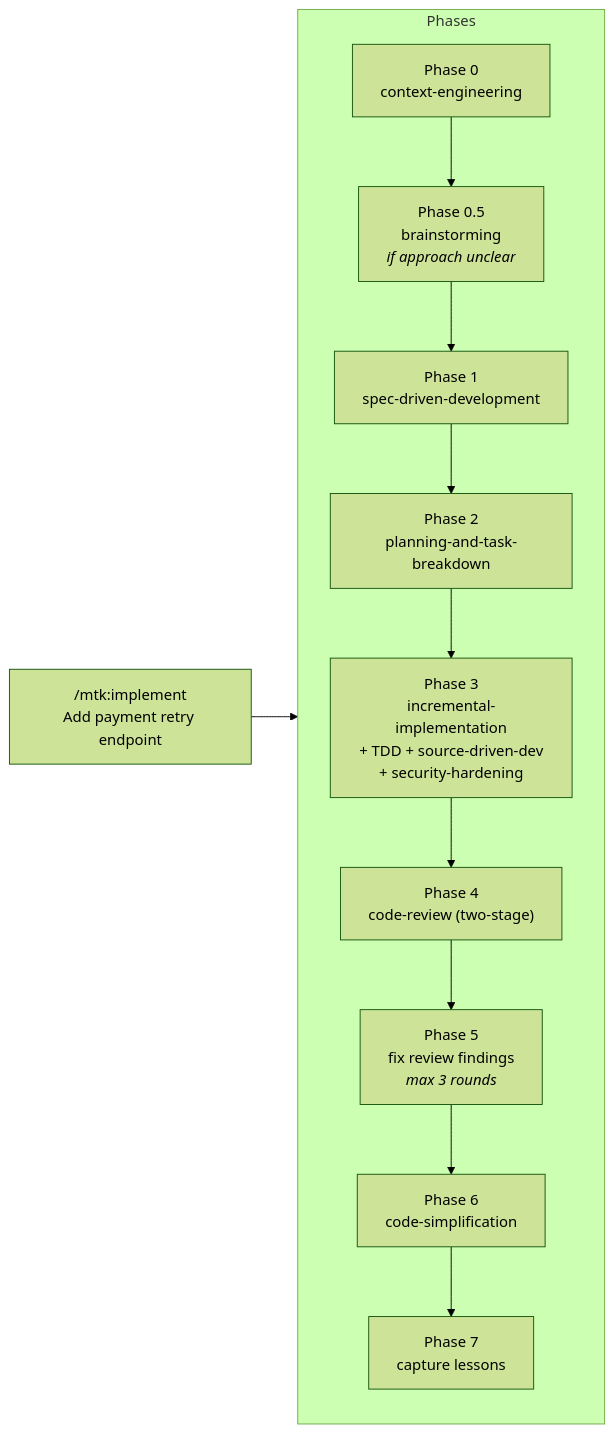
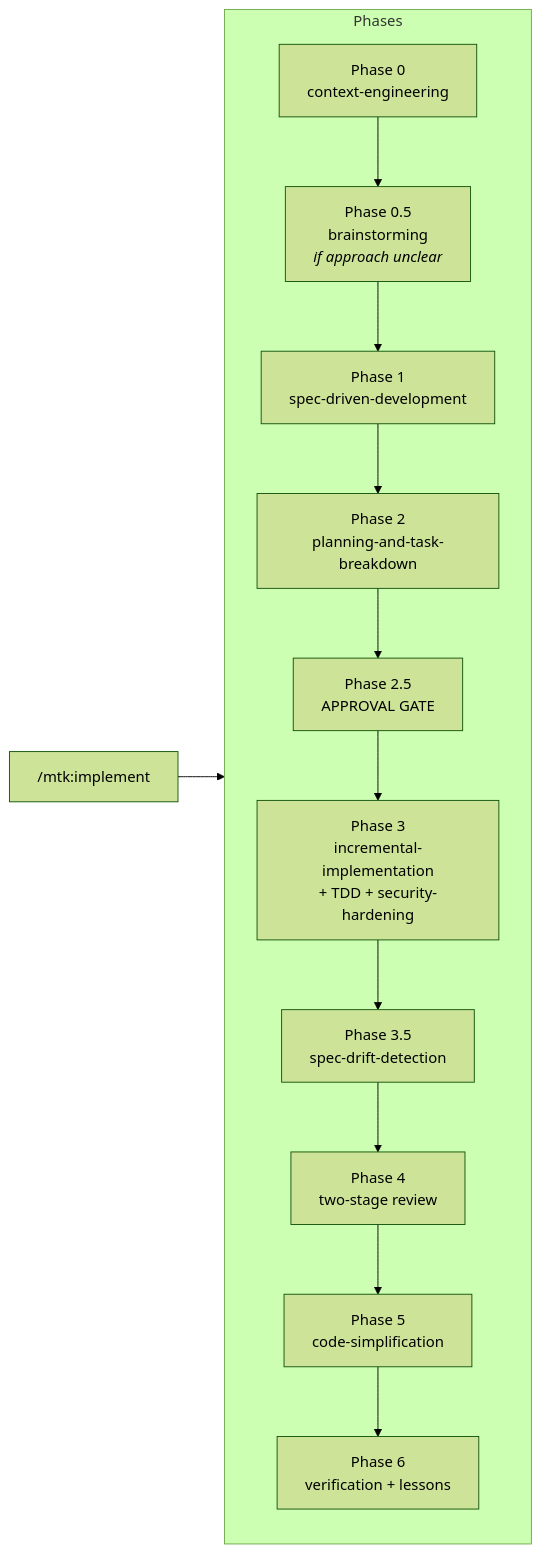
Before and after one commit to moberghr/mtk-agent-toolkit: the first of 2 diagrams in README.md, drawn with Mermaid (forest theme). The commit also changed other lines of this file, not shown here.

````diff
--- a/README.md
+++ b/README.md
@@ -150,17 +238,18 @@
 ```mermaid
 graph LR
-    CMD["/mtk:implement<br/>Add payment retry endpoint"] --> P0
+    CMD["/mtk:implement"] --> P0
 
     subgraph Phases
         direction TB
         P0["Phase 0<br/>context-engineering"] --> P0b
         P0b["Phase 0.5<br/>brainstorming<br/><i>if approach unclear</i>"] --> P1
         P1["Phase 1<br/>spec-driven-development"] --> P2
-        P2["Phase 2<br/>planning-and-task-breakdown"] --> P3
-        P3["Phase 3<br/>incremental-implementation<br/>+ TDD + source-driven-dev<br/>+ security-hardening"] --> P4
-        P4["Phase 4<br/>code-review (two-stage)"] --> P5
-        P5["Phase 5<br/>fix review findings<br/><i>max 3 rounds</i>"] --> P6
-        P6["Phase 6<br/>code-simplification"] --> P7
-        P7["Phase 7<br/>capture lessons"]
+        P2["Phase 2<br/>planning-and-task-breakdown"] --> GATE
+        GATE["Phase 2.5<br/>APPROVAL GATE"] --> P3
+        P3["Phase 3<br/>incremental-implementation<br/>+ TDD + security-hardening"] --> DRIFT
+        DRIFT["Phase 3.5<br/>spec-drift-detection"] --> P4
+        P4["Phase 4<br/>two-stage review"] --> P5
+        P5["Phase 5<br/>code-simplification"] --> P6
+        P6["Phase 6<br/>verification + lessons"]
     end
 ```
````
